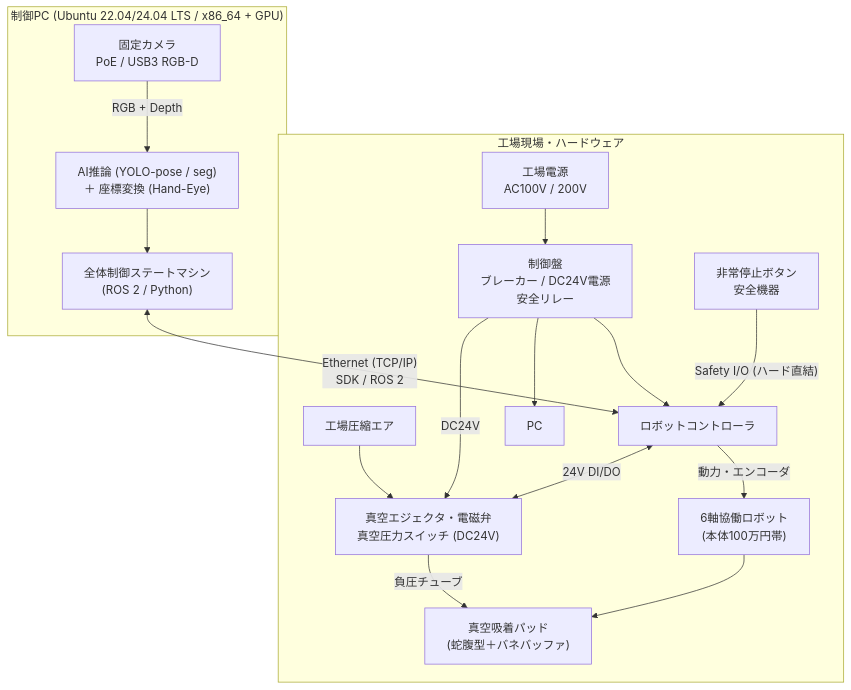
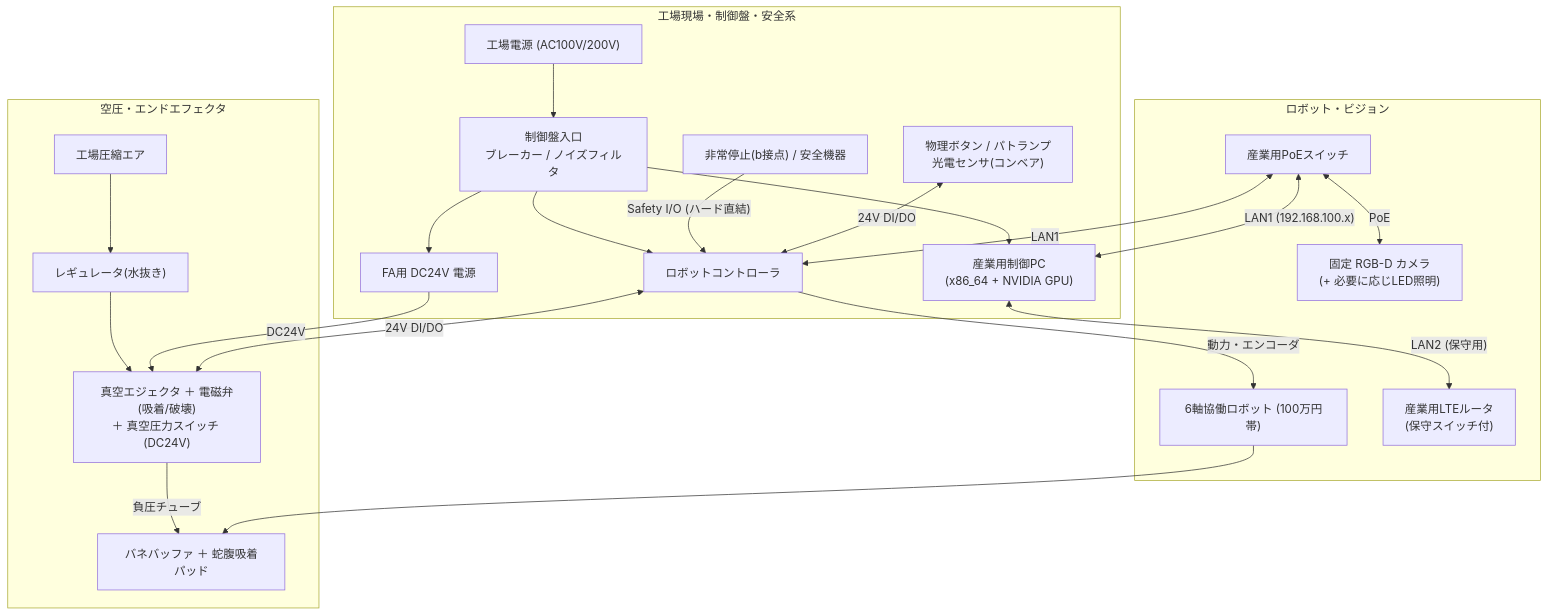
The first of 2 diagrams in docs/04_architecture/system_overview.md (lazytatzv/fa-robotics-docs), drawn with Mermaid before and after one commit. The commit also changed other lines of this file, not shown here.

Commit message:
docs: detail hardware BOM and software container/ROS 2 architecture in system_overview

````diff
--- a/docs/04_architecture/system_overview.md
+++ b/docs/04_architecture/system_overview.md
@@ -5,22 +9,28 @@
 ```mermaid
 flowchart TB
-    subgraph FIELD["工場現場・ハードウェア"]
-        PWR["工場電源<br/>AC100V / 200V"] --> PSU["制御盤<br/>ブレーカー / DC24V電源<br/>安全リレー"]
-        AIR["工場圧縮エア"] --> EJ["真空エジェクタ・電磁弁<br/>真空圧力スイッチ (DC24V)"]
-        ESTOP["非常停止ボタン<br/>安全機器"] -->|"Safety I/O (ハード直結)"| CTRL["ロボットコントローラ"]
-        PSU --> CTRL
-        PSU --> PC
-        PSU -->|"DC24V"| EJ
-        CTRL -->|"動力・エンコーダ"| ARM["6軸協働ロボット<br/>(本体100万円帯)"]
-        ARM --> PAD["真空吸着パッド<br/>(蛇腹型＋バネバッファ)"]
-        EJ -->|"負圧チューブ"| PAD
-        CTRL <-->|"24V DI/DO"| EJ
+    subgraph FIELD["工場現場・制御盤・安全系"]
+        PWR["工場電源 (AC100V/200V)"] --> BRK["制御盤入口<br/>ブレーカー / ノイズフィルタ"]
+        BRK --> PSU["FA用 DC24V 電源"]
+        BRK --> CTRL["ロボットコントローラ"]
+        BRK --> PC["産業用制御PC<br/>(x86_64 + NVIDIA GPU)"]
+        ESTOP["非常停止(b接点) / 安全機器"] -->|"Safety I/O (ハード直結)"| CTRL
+        BTN["物理ボタン / パトランプ<br/>光電センサ(コンベア)"] <-->|"24V DI/DO"| CTRL
     end
 
-    subgraph COMPUTE["制御PC (Ubuntu 22.04/24.04 LTS / x86_64 + GPU)"]
-        CAM["固定カメラ<br/>PoE / USB3 RGB-D"] -->|"RGB + Depth"| YOLO["AI推論 (YOLO-pose / seg)<br/>＋ 座標変換 (Hand-Eye)"]
-        YOLO --> SM["全体制御ステートマシン<br/>(ROS 2 / Python)"]
+    subgraph PNEU["空圧・エンドエフェクタ"]
+        AIR["工場圧縮エア"] --> REG["レギュレータ(水抜き)"]
+        REG --> EJ["真空エジェクタ ＋ 電磁弁(吸着/破壊)<br/>＋ 真空圧力スイッチ (DC24V)"]
+        PSU -->|"DC24V"| EJ
+        CTRL <-->|"24V DI/DO"| EJ
+        EJ -->|"負圧チューブ"| PAD["バネバッファ ＋ 蛇腹吸着パッド"]
     end
 
-    SM <-->|"Ethernet (TCP/IP)<br/>SDK / ROS 2"| CTRL
+    subgraph ROB["ロボット・ビジョン"]
+        CTRL -->|"動力・エンコーダ"| ARM["6軸協働ロボット (100万円帯)"]
+        ARM --> PAD
+        SW["産業用PoEスイッチ"] <-->|"LAN1 (192.168.100.x)"| PC
+        SW <-->|"LAN1"| CTRL
+        SW <-->|"PoE"| CAM["固定 RGB-D カメラ<br/>(+ 必要に応じLED照明)"]
+        PC <-->|"LAN2 (保守用)"| LTE["産業用LTEルータ<br/>(保守スイッチ付)"]
+    end
 ```
````
